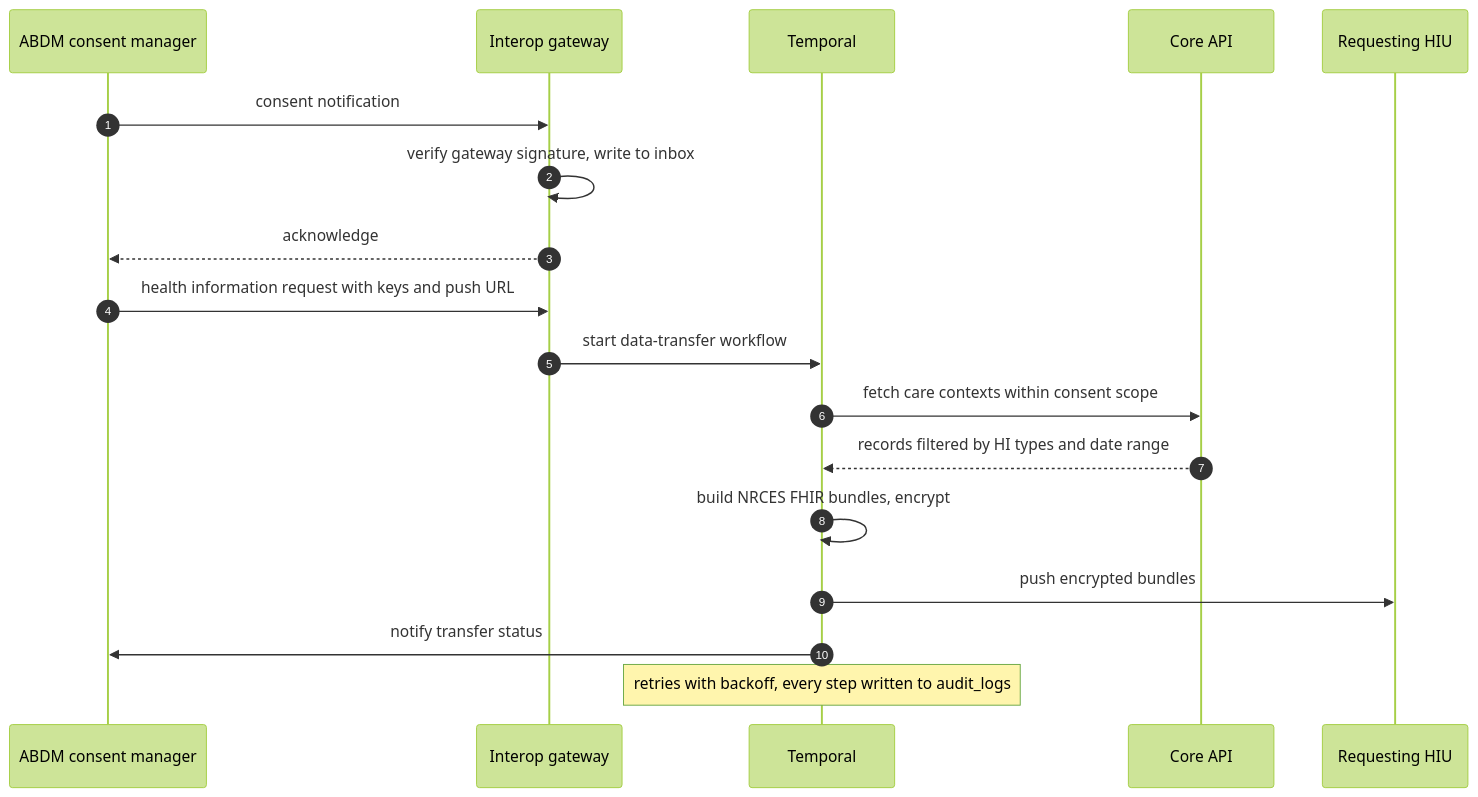
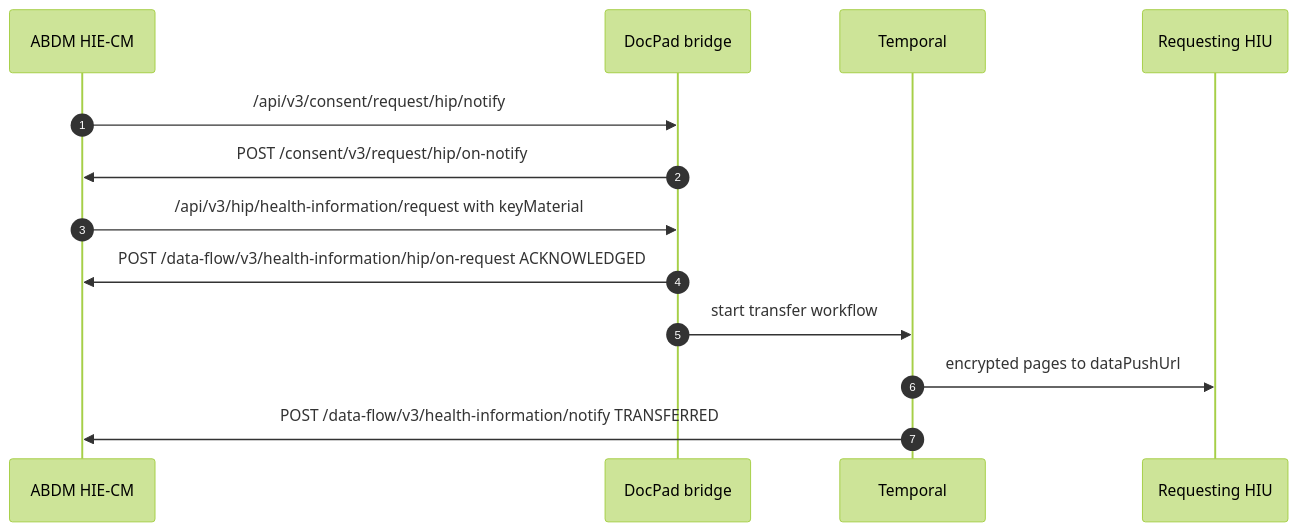
Before and after one commit to docpadsolutions-ai/docpad-clean: the ninth of 10 diagrams in docs/architecture/TARGET-ARCHITECTURE.md, drawn with Mermaid (forest theme). The commit also changed other lines of this file and 1 other file, not shown here.

````diff
--- a/docs/architecture/TARGET-ARCHITECTURE.md
+++ b/docs/architecture/TARGET-ARCHITECTURE.md
@@ -845,20 +945,15 @@
 ```mermaid
 sequenceDiagram
   autonumber
-  participant CM as ABDM consent manager
-  participant IG as Interop gateway
+  participant CM as ABDM HIE-CM
+  participant BR as DocPad bridge
   participant WF as Temporal
-  participant API as Core API
   participant HIU as Requesting HIU
-  CM->>IG: consent notification
-  IG->>IG: verify gateway signature, write to inbox
-  IG-->>CM: acknowledge
-  CM->>IG: health information request with keys and push URL
-  IG->>WF: start data-transfer workflow
-  WF->>API: fetch care contexts within consent scope
-  API-->>WF: records filtered by HI types and date range
-  WF->>WF: build NRCES FHIR bundles, encrypt
-  WF->>HIU: push encrypted bundles
-  WF->>CM: notify transfer status
-  Note over WF: retries with backoff, every step written to audit_logs
+  CM->>BR: /api/v3/consent/request/hip/notify
+  BR->>CM: POST /consent/v3/request/hip/on-notify
+  CM->>BR: /api/v3/hip/health-information/request with keyMaterial
+  BR->>CM: POST /data-flow/v3/health-information/hip/on-request ACKNOWLEDGED
+  BR->>WF: start transfer workflow
+  WF->>HIU: encrypted pages to dataPushUrl
+  WF->>CM: POST /data-flow/v3/health-information/notify TRANSFERRED
 ```
````
